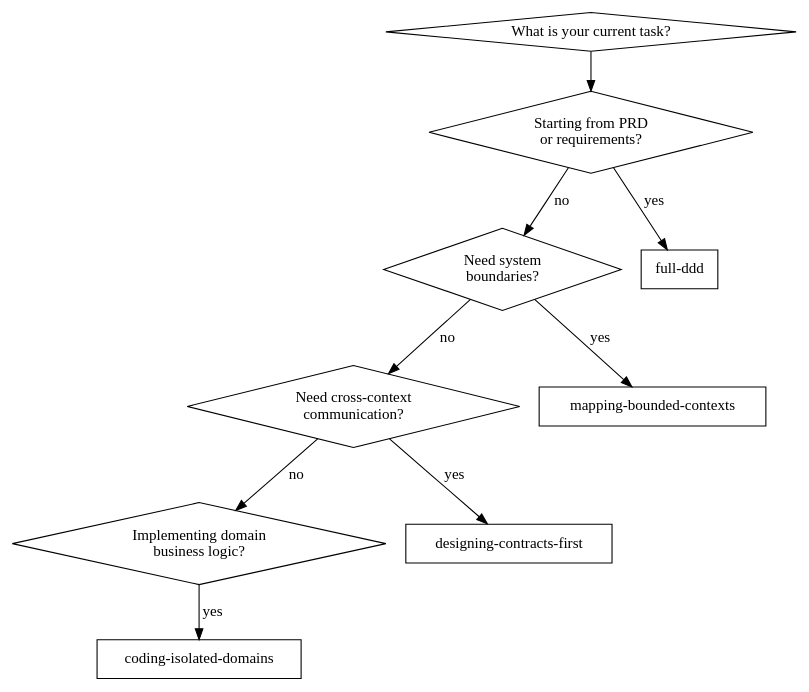
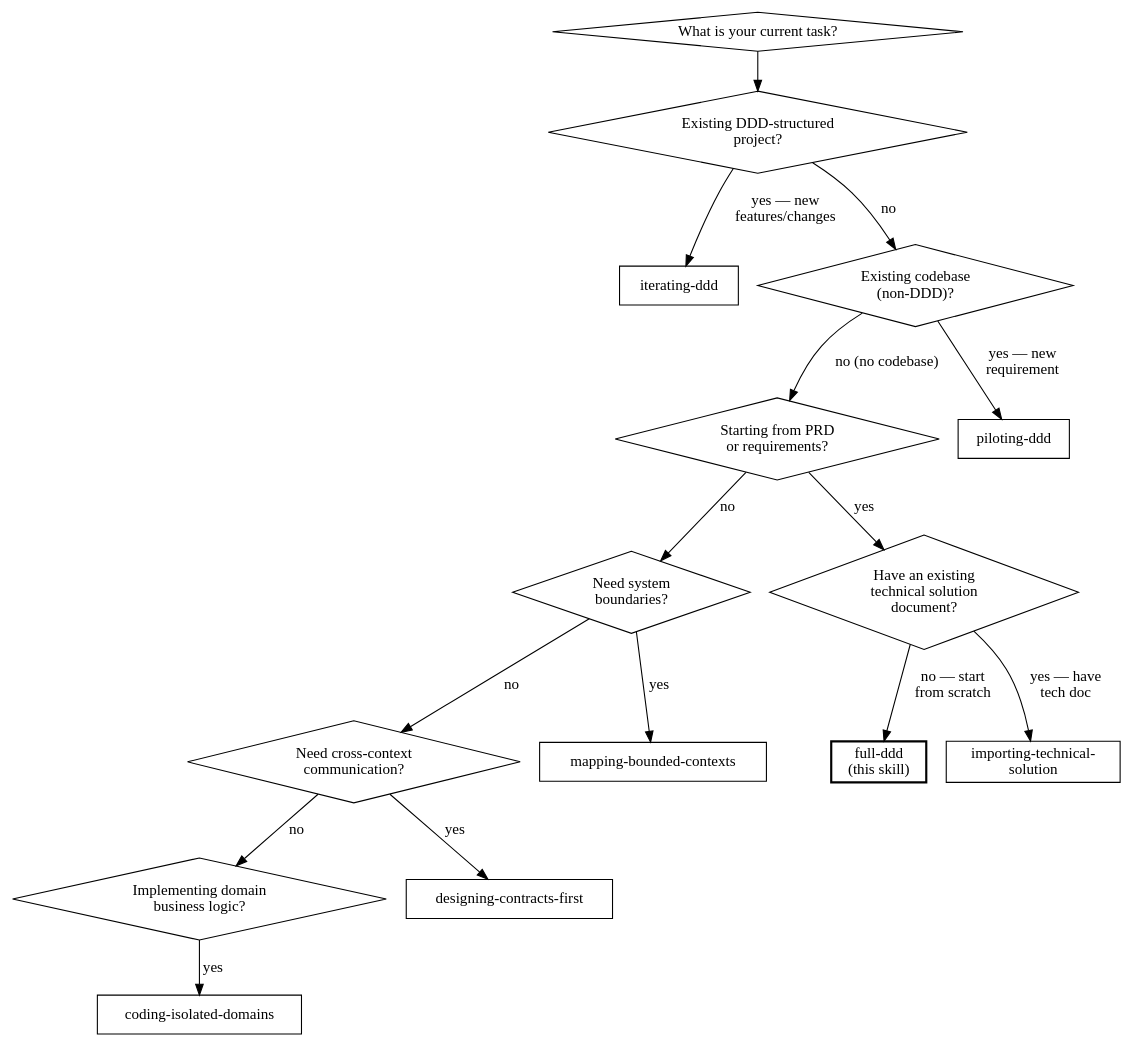
One commit to lockp111/agent-ddd-engineering changed the diagram in skills/full-ddd/SKILL.md. Above: the diagram before and after it, drawn with Graphviz. The commit also changed other lines of this file and 162 other files, not shown here.

````diff
--- a/skills/full-ddd/SKILL.md
+++ b/skills/full-ddd/SKILL.md
@@ -38,23 +39,37 @@
 ```dot
 digraph skill_selector {
     start [label="What is your current task?" shape=diamond];
+    q0 [label="Existing DDD-structured\nproject?" shape=diamond];
     q1 [label="Starting from PRD\nor requirements?" shape=diamond];
     q2 [label="Need system\nboundaries?" shape=diamond];
     q3 [label="Need cross-context\ncommunication?" shape=diamond];
     q4 [label="Implementing domain\nbusiness logic?" shape=diamond];
 
-    s0 [label="full-ddd" shape=box];
+    q_doc [label="Have an existing\ntechnical solution\ndocument?" shape=diamond];
+
+    s_iter [label="iterating-ddd" shape=box];
+    s0 [label="full-ddd\n(this skill)" shape=box style=bold];
+    s_import [label="importing-technical-\nsolution" shape=box];
+    s_pilot [label="piloting-ddd" shape=box];
     s2 [label="mapping-bounded-contexts" shape=box];
     s3 [label="designing-contracts-first" shape=box];
     s4 [label="coding-isolated-domains" shape=box];
 
-    start -> q1;
-    q1 -> s0 [label="yes"];
+    start -> q0;
+    q_legacy [label="Existing codebase\n(non-DDD)?" shape=diamond];
+
+    q0 -> s_iter [label="yes — new\nfeatures/changes"];
+    q0 -> q_legacy [label="no"];
+    q_legacy -> s_pilot [label="yes — new\nrequirement"];
+    q_legacy -> q1 [label="no (no codebase)"];
+    q1 -> q_doc [label="yes"];
     q1 -> q2 [label="no"];
+    q_doc -> s_import [label="yes — have\ntech doc"];
+    q_doc -> s0 [label="no — start\nfrom scratch"];
     q2 -> s2 [label="yes"];
     q2 -> q3 [label="no"];
     q3 -> s3 [label="yes"];
     q3 -> q4 [label="no"];
     q4 -> s4 [label="yes"];
 }
 ```
````
